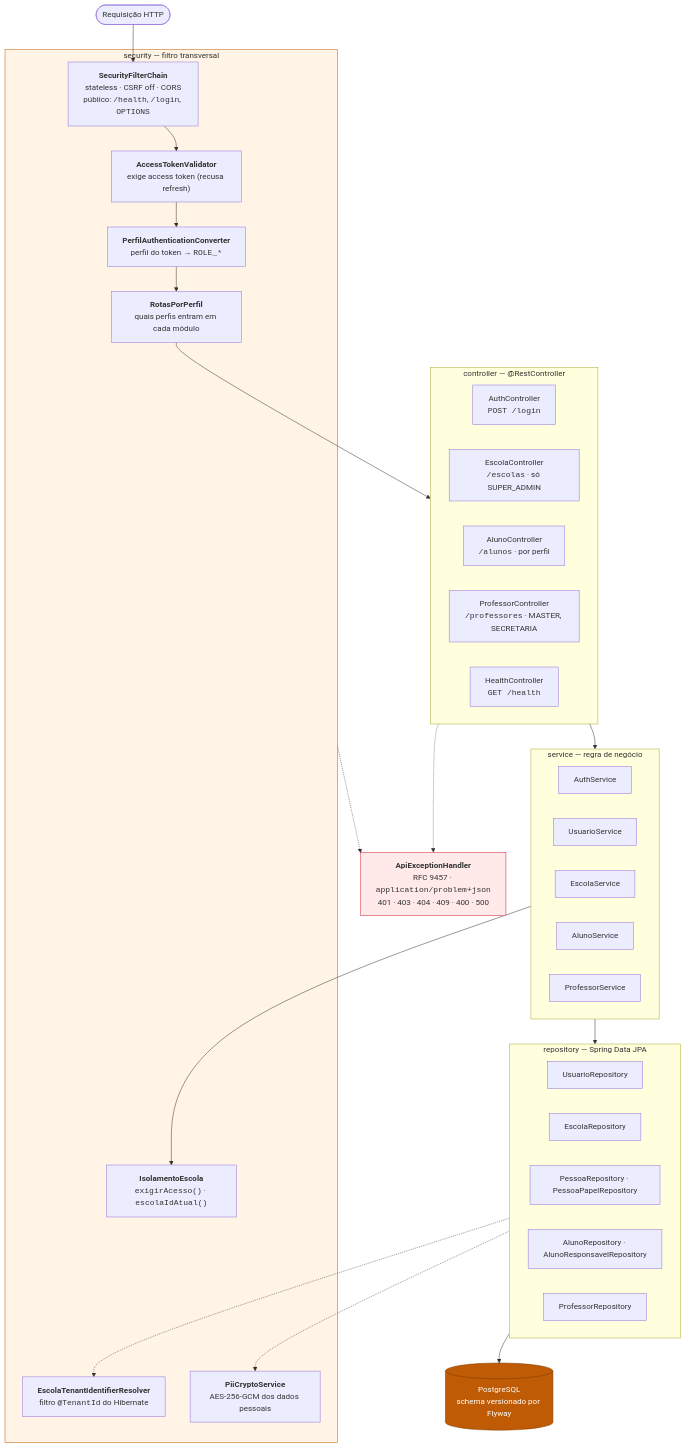
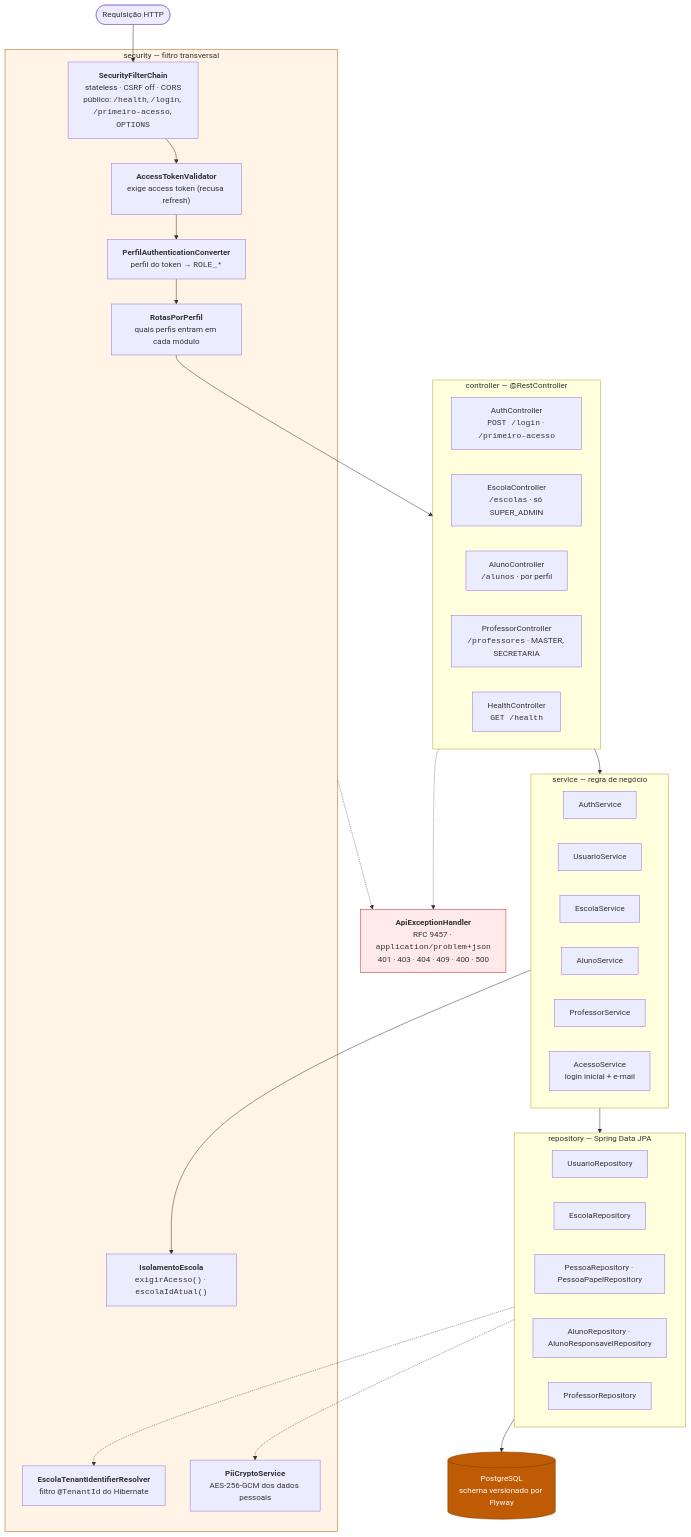
The fourth of 6 diagrams in Artefatos/arquitetura/arquitetura-da-solucao.md (ICEI-PUC-Minas-PMGES-TI/pmg-es-2026-2-ti3-9577100-eduka), drawn with Mermaid before and after one commit. The commit also changed other lines of this file and 1 other file, not shown here.

Commit message:
docs: documenta primeiro acesso por e-mail e migration V12

````diff
--- a/Artefatos/arquitetura/arquitetura-da-solucao.md
+++ b/Artefatos/arquitetura/arquitetura-da-solucao.md
@@ -145,54 +145,55 @@
 ```mermaid
 flowchart TB
     REQ(["Requisição HTTP"])
 
     subgraph sec["security — filtro transversal"]
-        CHAIN["<b>SecurityFilterChain</b><br/>stateless · CSRF off · CORS<br/>público: <code>/health</code>, <code>/login</code>, <code>OPTIONS</code>"]
+        CHAIN["<b>SecurityFilterChain</b><br/>stateless · CSRF off · CORS<br/>público: <code>/health</code>, <code>/login</code>, <code>/primeiro-acesso</code>, <code>OPTIONS</code>"]
         VALID["<b>AccessTokenValidator</b><br/>exige access token (recusa refresh)"]
         CONV["<b>PerfilAuthenticationConverter</b><br/>perfil do token → <code>ROLE_*</code>"]
         ROTAS["<b>RotasPorPerfil</b><br/>quais perfis entram em cada módulo"]
         ISO["<b>IsolamentoEscola</b><br/><code>exigirAcesso()</code> · <code>escolaIdAtual()</code>"]
         TEN["<b>EscolaTenantIdentifierResolver</b><br/>filtro <code>@TenantId</code> do Hibernate"]
         PII["<b>PiiCryptoService</b><br/>AES-256-GCM dos dados pessoais"]
     end
 
     subgraph ctrl["controller — @RestController"]
-        AUTHC["AuthController<br/><code>POST /login</code>"]
+        AUTHC["AuthController<br/><code>POST /login</code> · <code>/primeiro-acesso</code>"]
         ESCC["EscolaController<br/><code>/escolas</code> · só SUPER_ADMIN"]
         ALUC["AlunoController<br/><code>/alunos</code> · por perfil"]
         PROFC["ProfessorController<br/><code>/professores</code> · MASTER, SECRETARIA"]
         HLTC["HealthController<br/><code>GET /health</code>"]
     end
 
     subgraph svc["service — regra de negócio"]
         AUTHS["AuthService"]
         USUS["UsuarioService"]
         ESCS["EscolaService"]
         ALUS["AlunoService"]
         PROFS["ProfessorService"]
+        ACES["AcessoService<br/>login inicial + e-mail"]
     end
 
     subgraph repo["repository — Spring Data JPA"]
         UR["UsuarioRepository"]
         ER["EscolaRepository"]
         PER["PessoaRepository · PessoaPapelRepository"]
         AR["AlunoRepository · AlunoResponsavelRepository"]
         PRR["ProfessorRepository"]
     end
 
     DB[("PostgreSQL<br/>schema versionado por Flyway")]
     ERR["<b>ApiExceptionHandler</b><br/>RFC 9457 · <code>application/problem+json</code><br/>401 · 403 · 404 · 409 · 400 · 500"]
 
     REQ --> CHAIN --> VALID --> CONV --> ROTAS --> ctrl
     ctrl --> svc
     svc --> ISO
     svc --> repo --> DB
     repo -.-> TEN
     repo -.-> PII
     ctrl -.-> ERR
     sec -.-> ERR
 
     style sec fill:#fff4e5,stroke:#bf5b04
     style ERR fill:#ffe9e9,stroke:#cf222e
     style DB fill:#bf5b04,stroke:#7a3a00,color:#fff
 ```
````
